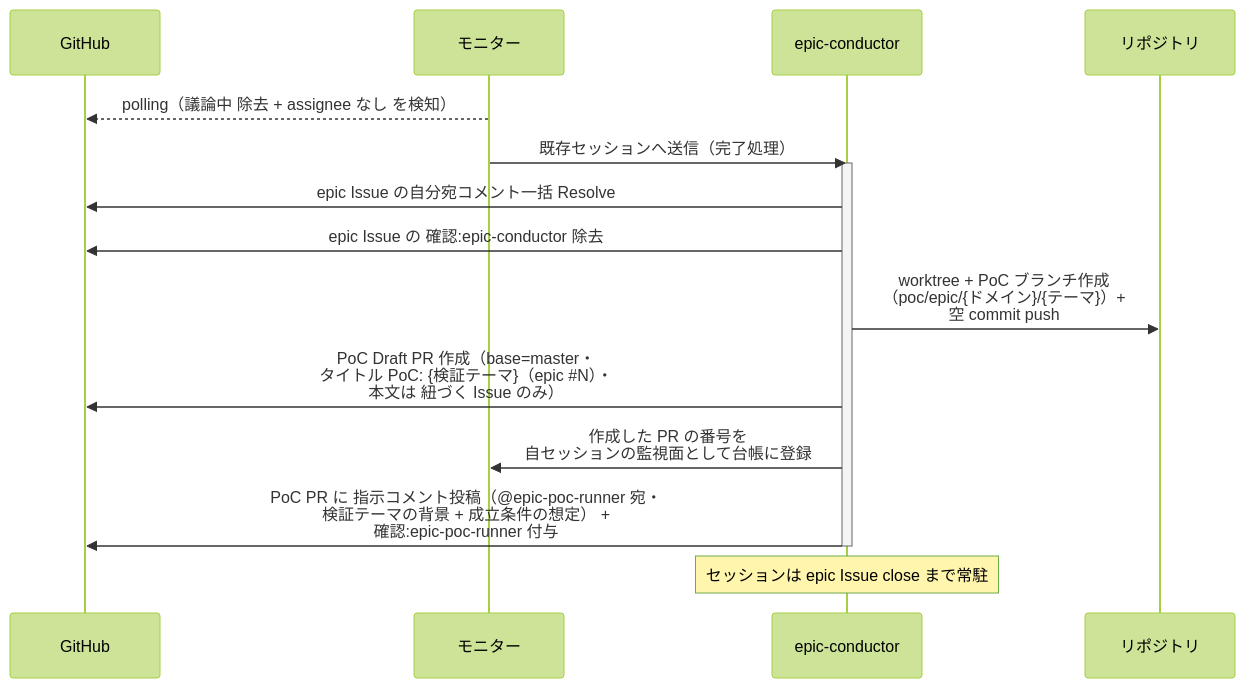
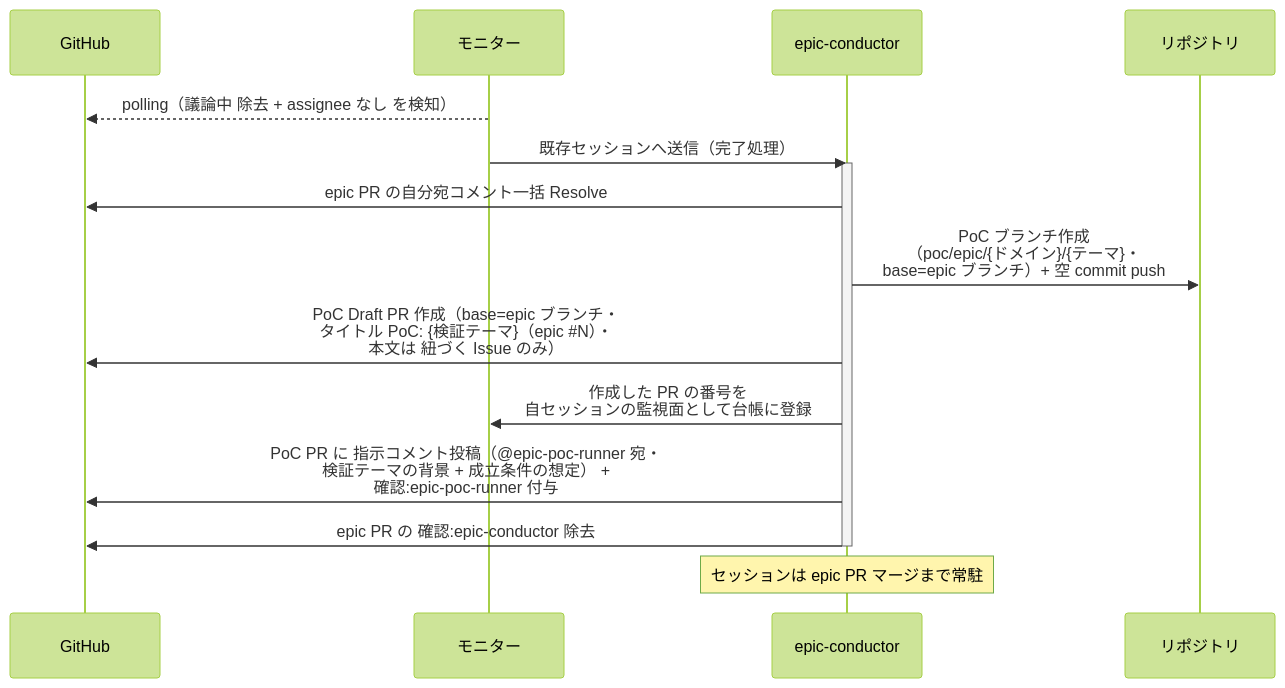
One commit to shuhei1101/ai-monitor changed the fourth of 5 diagrams in docs/wiki/設計図/シナリオ/単一ユースケース/epic要件確定.md. Above: the diagram before and after it, drawn with Mermaid (forest theme). The commit also changed other lines of this file and 256 other files, not shown here.

````diff
--- a/docs/wiki/設計図/シナリオ/単一ユースケース/epic要件確定.md
+++ b/docs/wiki/設計図/シナリオ/単一ユースケース/epic要件確定.md
@@ -191,19 +195,19 @@
 ```mermaid
 sequenceDiagram
   participant GH as GitHub
   participant ORC as モニター
   participant MON as epic-conductor
   participant REPO as リポジトリ
 
   ORC-->>GH: polling（議論中 除去 + assignee なし を検知）
   ORC->>MON: 既存セッションへ送信（完了処理）
   activate MON
-  MON->>GH: epic Issue の自分宛コメント一括 Resolve
-  MON->>GH: epic Issue の 確認:epic-conductor 除去
-  MON->>REPO: worktree + PoC ブランチ作成<br>（poc/epic/{ドメイン}/{テーマ}）+<br>空 commit push
-  MON->>GH: PoC Draft PR 作成（base=master・<br>タイトル PoC: {検証テーマ}（epic #35;N）・<br>本文は 紐づく Issue のみ）
+  MON->>GH: epic PR の自分宛コメント一括 Resolve
+  MON->>REPO: PoC ブランチ作成<br>（poc/epic/{ドメイン}/{テーマ}・<br>base=epic ブランチ）+ 空 commit push
+  MON->>GH: PoC Draft PR 作成（base=epic ブランチ・<br>タイトル PoC: {検証テーマ}（epic #35;N）・<br>本文は 紐づく Issue のみ）
   MON->>ORC: 作成した PR の番号を<br>自セッションの監視面として台帳に登録
   MON->>GH: PoC PR に 指示コメント投稿（@epic-poc-runner 宛・<br>検証テーマの背景 + 成立条件の想定） +<br>確認:epic-poc-runner 付与
+  MON->>GH: epic PR の 確認:epic-conductor 除去
   deactivate MON
-  Note over MON: セッションは epic Issue close まで常駐
+  Note over MON: セッションは epic PR マージまで常駐
 ```
````
